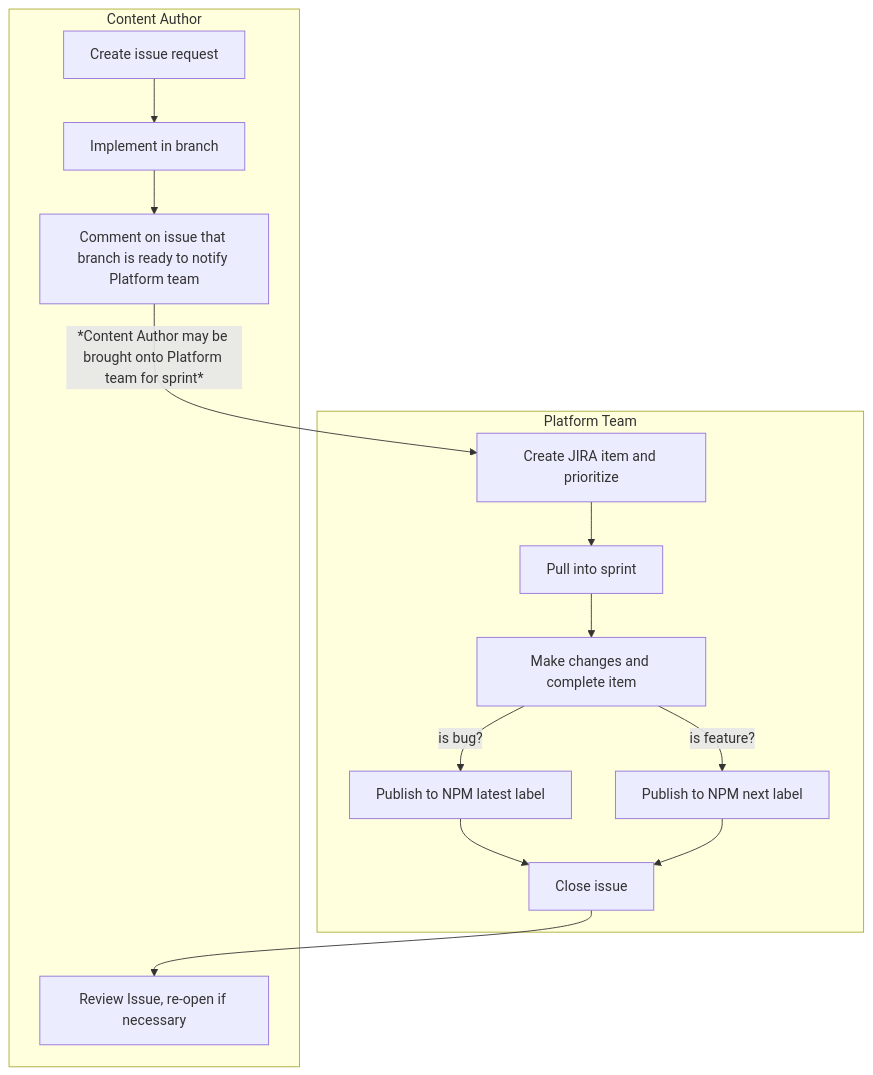
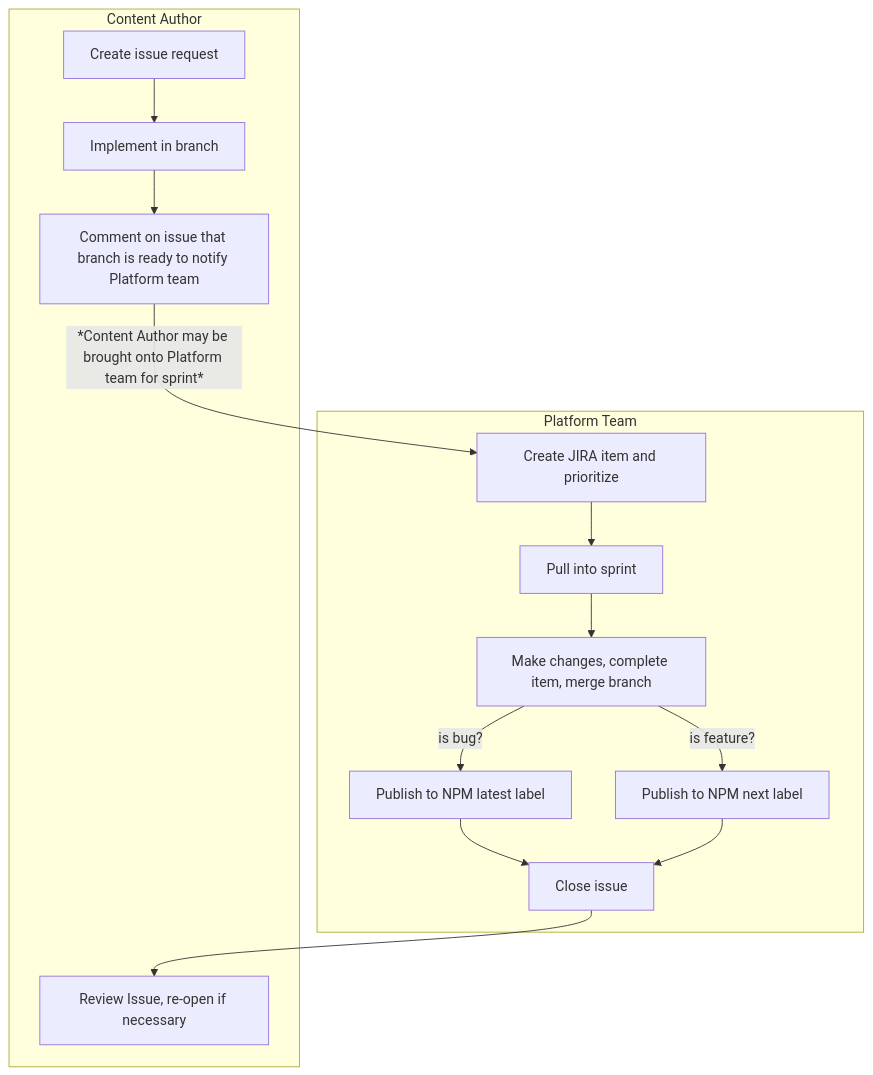
One commit to GovAlta/ui-components changed the diagram in contributing.md. Above: the diagram before and after it, drawn with Mermaid.

````diff
--- a/contributing.md
+++ b/contributing.md
@@ -9,20 +9,20 @@
 ```mermaid
 graph TD
 subgraph Content Author
 	1[Create issue request] --> 2[Implement in branch]
 	2 --> 3[Comment on issue that branch is ready to notify Platform team]
   4[Review Issue, re-open if necessary]
 end
 subgraph Platform Team
 3 --> |*Content Author may be brought onto Platform team for sprint*| A
 A[Create JIRA item and prioritize] --> B[Pull into sprint]
-B --> C[Make changes and complete item]
+B --> C[Make changes, complete item, merge branch]
 C --> |is feature?| D[Publish to NPM next label]
 C --> |is bug?| E[Publish to NPM latest label]
 E --> F[Close issue]
 D --> F
 F --> 4
 end
 
 
 ```
````
